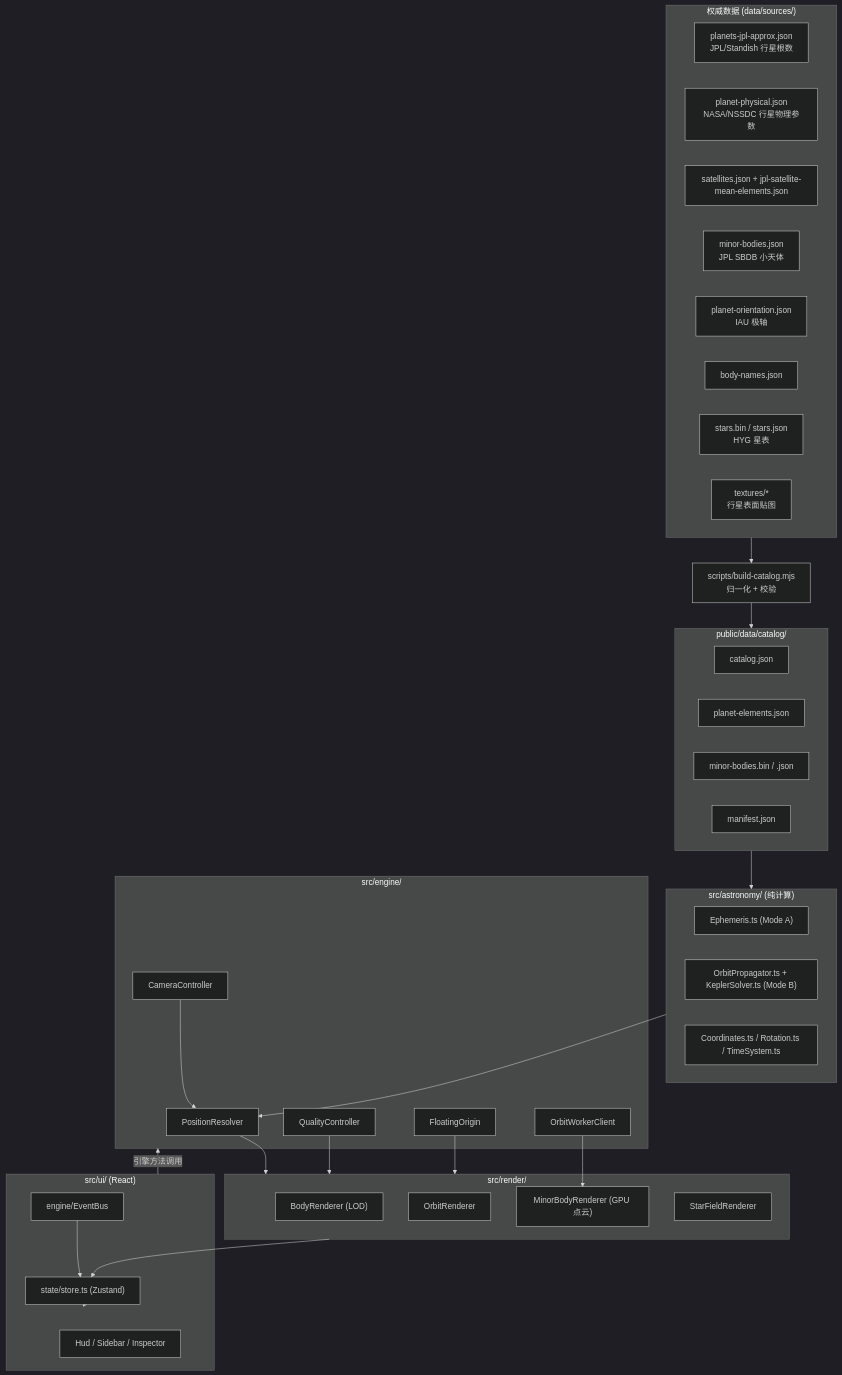
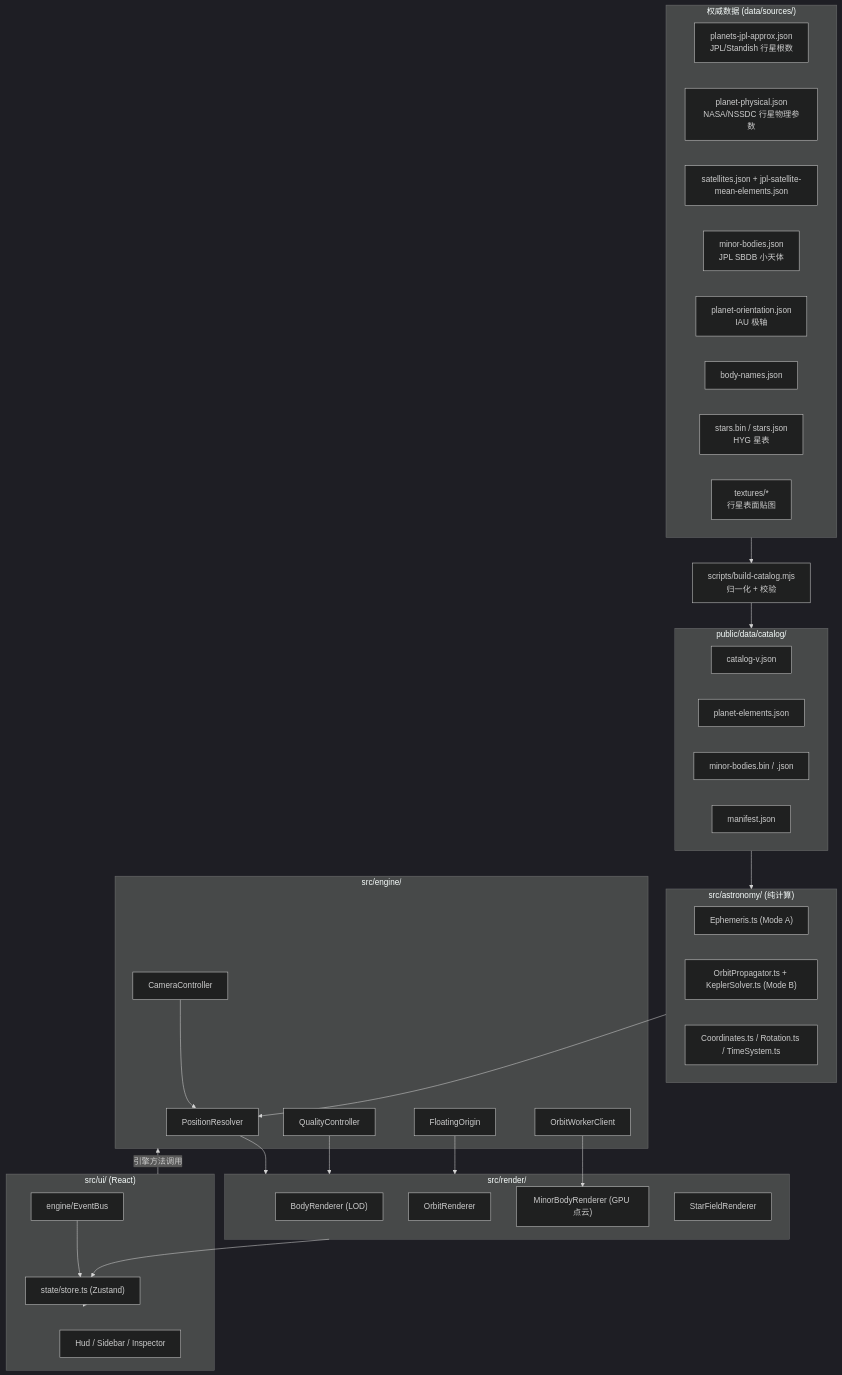
Before and after one commit to qingshangwushi/Solar-System: the diagram in solarsystem/README.md, drawn with Mermaid (dark theme). The commit also changed other lines of this file and 101 other files, not shown here.

````diff
--- a/solarsystem/README.md
+++ b/solarsystem/README.md
@@ -22,61 +22,61 @@
 ```mermaid
 flowchart TB
   subgraph Sources["权威数据 (data/sources/)"]
     JPLP["planets-jpl-approx.json<br/>JPL/Standish 行星根数"]
     NSSDC["planet-physical.json<br/>NASA/NSSDC 行星物理参数"]
     SAT["satellites.json + jpl-satellite-mean-elements.json"]
     SBDB["minor-bodies.json<br/>JPL SBDB 小天体"]
     ORI["planet-orientation.json<br/>IAU 极轴"]
     NAMES["body-names.json"]
     HYG["stars.bin / stars.json<br/>HYG 星表"]
     TEX["textures/*<br/>行星表面贴图"]
   end
 
   BUILD["scripts/build-catalog.mjs<br/>归一化 + 校验"]
 
   subgraph Catalog["public/data/catalog/"]
-    CAT["catalog.json"]
+    CAT["catalog-v<version>.json"]
     PE["planet-elements.json"]
     MB["minor-bodies.bin / .json"]
     MAN["manifest.json"]
   end
 
   subgraph Astronomy["src/astronomy/ (纯计算)"]
     EPHEM["Ephemeris.ts (Mode A)"]
     ORBP["OrbitPropagator.ts + KeplerSolver.ts (Mode B)"]
     COORD["Coordinates.ts / Rotation.ts / TimeSystem.ts"]
   end
 
   subgraph Engine["src/engine/"]
     RESOLVE["PositionResolver"]
     CAM["CameraController"]
     QUAL["QualityController"]
     WORKER["OrbitWorkerClient"]
     FP["FloatingOrigin"]
   end
 
   subgraph Render["src/render/"]
     BODY["BodyRenderer (LOD)"]
     ORBL["OrbitRenderer"]
     MINOR["MinorBodyRenderer (GPU 点云)"]
     STAR["StarFieldRenderer"]
   end
 
   subgraph UI["src/ui/ (React)"]
     HUD["Hud / Sidebar / Inspector"]
     STORE["state/store.ts (Zustand)"]
     BUS["engine/EventBus"]
   end
 
   Sources --> BUILD --> Catalog --> Astronomy
   Astronomy --> RESOLVE
   RESOLVE --> Render
   CAM --> RESOLVE
   QUAL --> Render
   WORKER --> MINOR
   FP --> Render
   Render --> STORE
   BUS --> STORE
   STORE --> UI
   UI -->|引擎方法调用| Engine
 ```
````
